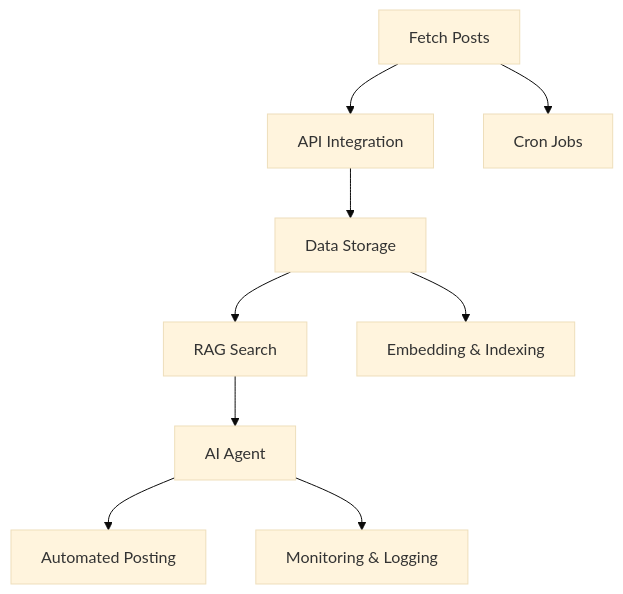
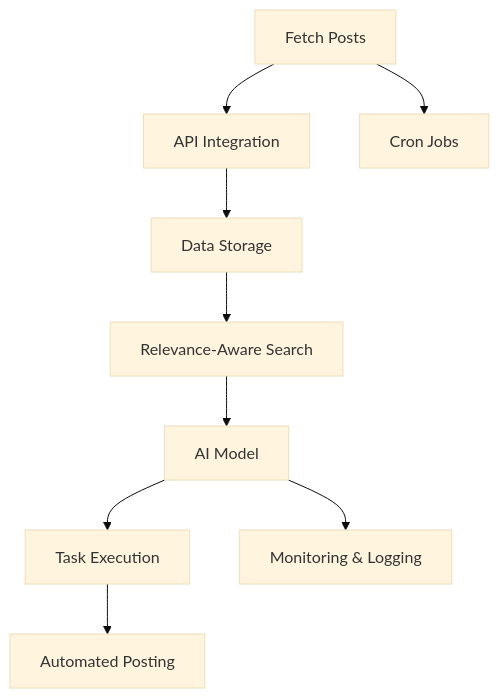
One commit to shreyaspapi/holiday-hackathon changed the first of 4 diagrams in README.md. Above: the diagram before and after it, drawn with Mermaid (base theme). The commit also changed other lines of this file, not shown here.

````diff
--- a/README.md
+++ b/README.md
@@ -40,11 +52,11 @@
-```mermaid  
-graph TD  
-    A[Fetch Posts] --> B[API Integration]  
-    B --> C[Data Storage]  
-    C --> D[RAG Search]  
-    D --> E[AI Agent]  
-    E --> F[Automated Posting]  
-    E --> G[Monitoring & Logging]  
-    C --> H[Embedding & Indexing]  
+```mermaid
+graph TD
+    A[Fetch Posts] --> B[API Integration]
+    B --> C[Data Storage]
+    C --> D[Relevance-Aware Search]
+    D --> E[AI Model]
+    E --> F[Task Execution]
+    F --> G[Automated Posting]
+    E --> H[Monitoring & Logging]
     A --> I[Cron Jobs]
 ```
````
